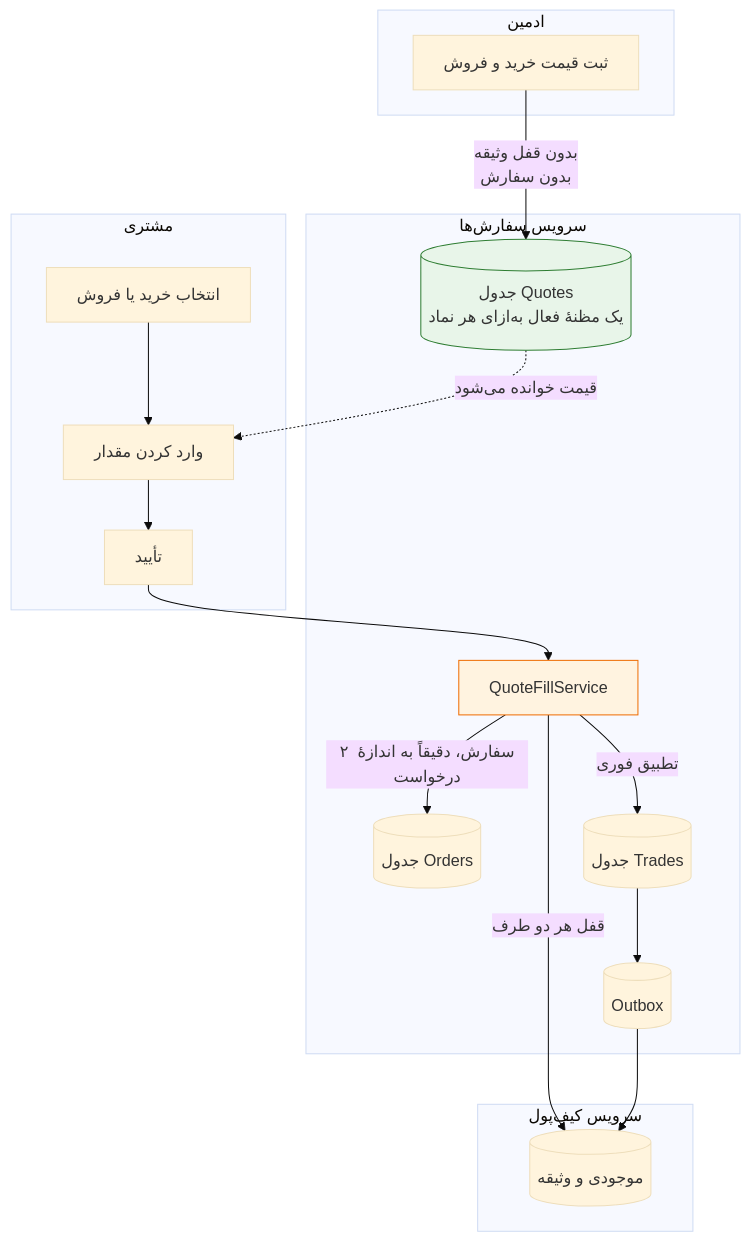
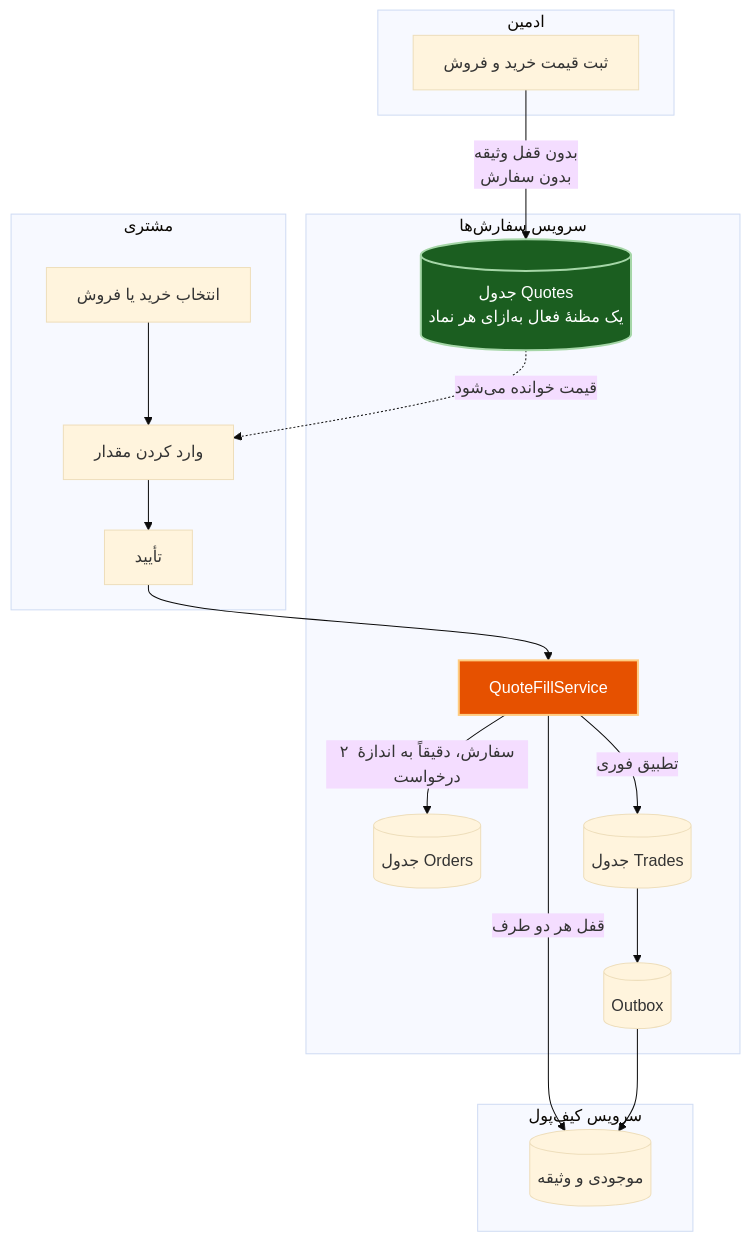
The first of 6 diagrams in docs/architecture/DEALER_QUOTE_MODEL.md (MohKardan/TallaEgg), drawn with Mermaid (base theme) before and after one commit. The commit also changed other lines of this file, not shown here.

First line of the commit message:
docs(#48): make the diagram text readable in both light and dark themes

````diff
--- a/docs/architecture/DEALER_QUOTE_MODEL.md
+++ b/docs/architecture/DEALER_QUOTE_MODEL.md
@@ -33,36 +33,36 @@
 ```mermaid
 flowchart TB
     subgraph admin["ادمین"]
         A1["ثبت قیمت خرید و فروش"]
     end
 
     subgraph orders["سرویس سفارش‌ها"]
         Q[("جدول Quotes<br/>یک مظنهٔ فعال به‌ازای هر نماد")]
         QF["QuoteFillService"]
         OB[("جدول Orders")]
         T[("جدول Trades")]
         OX[("Outbox")]
     end
 
     subgraph customer["مشتری"]
         C1["انتخاب خرید یا فروش"]
         C2["وارد کردن مقدار"]
         C3["تأیید"]
     end
 
     subgraph wallet["سرویس کیف‌پول"]
         W[("موجودی و وثیقه")]
     end
 
     A1 -->|"بدون قفل وثیقه<br/>بدون سفارش"| Q
     C1 --> C2 --> C3
     Q -.->|"قیمت خوانده می‌شود"| C2
     C3 --> QF
     QF -->|"۲ سفارش، دقیقاً به اندازهٔ درخواست"| OB
     QF -->|"قفل هر دو طرف"| W
     QF -->|"تطبیق فوری"| T
     T --> OX --> W
 
-    style Q fill:#e8f5e9,stroke:#2e7d32
-    style QF fill:#fff3e0,stroke:#ef6c00
+    style Q fill:#1b5e20,color:#ffffff,stroke:#a5d6a7,stroke-width:2px
+    style QF fill:#e65100,color:#ffffff,stroke:#ffcc80,stroke-width:2px
 ```
````
